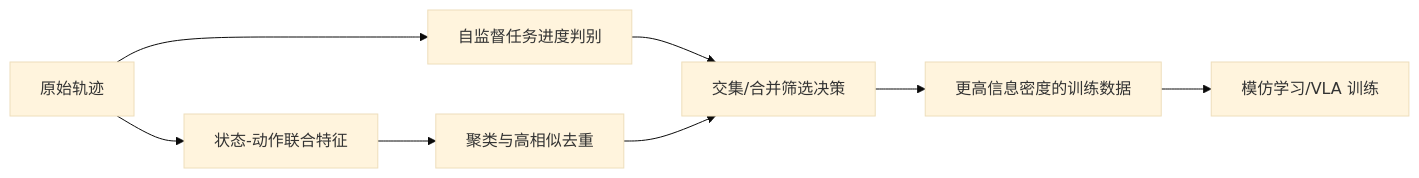
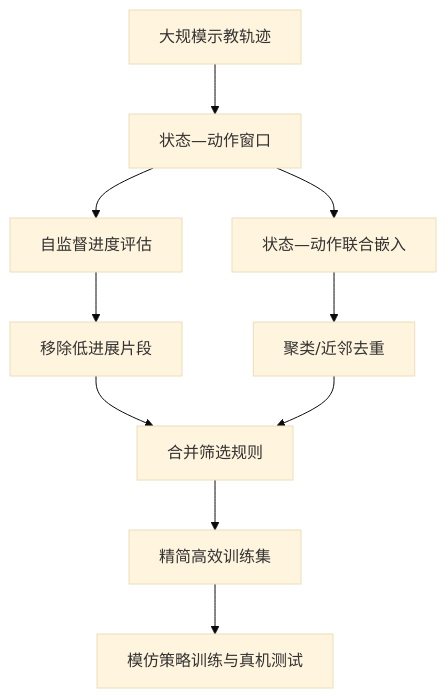
Diagram 11 of 13 in docs/Sim2Real_前沿技术路线综述_2025-2026.md (AforestSong/Sim2Real-Frontier-Survey), drawn with Mermaid (base theme) before and after one commit. The commit also changed other lines of this file and 7 other files, not shown here.

````diff
--- a/docs/Sim2Real_前沿技术路线综述_2025-2026.md
+++ b/docs/Sim2Real_前沿技术路线综述_2025-2026.md
@@ -389,10 +628,12 @@
 ```mermaid
-flowchart LR
- A[原始轨迹] --> B[自监督任务进度判别]
- A --> C[状态-动作联合特征]
- C --> D[聚类与高相似去重]
- B --> E[交集/合并筛选决策]
- D --> E
- E --> F[更高信息密度的训练数据]
- F --> G[模仿学习/VLA 训练]
+flowchart TD
+ A[大规模示教轨迹] --> B[状态—动作窗口]
+ B --> C[自监督进度评估]
+ B --> D[状态—动作联合嵌入]
+ C --> E[移除低进展片段]
+ D --> F[聚类/近邻去重]
+ E --> G[合并筛选规则]
+ F --> G
+ G --> H[精简高效训练集]
+ H --> I[模仿策略训练与真机测试]
 ```
````
